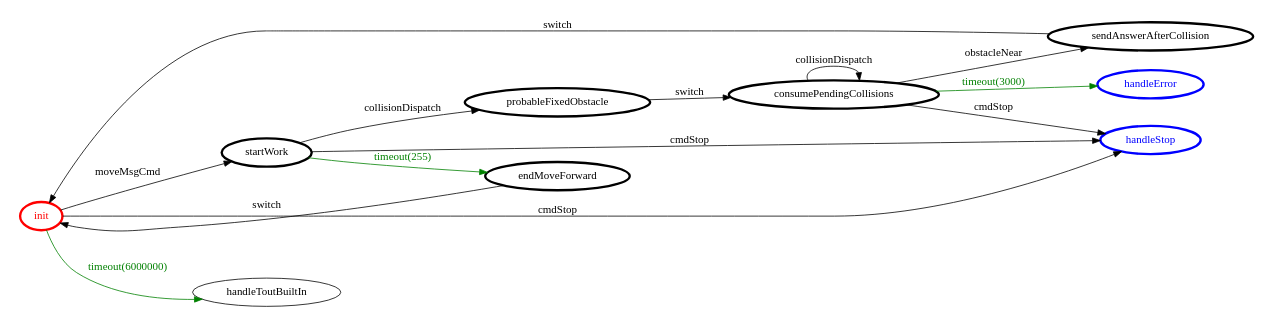
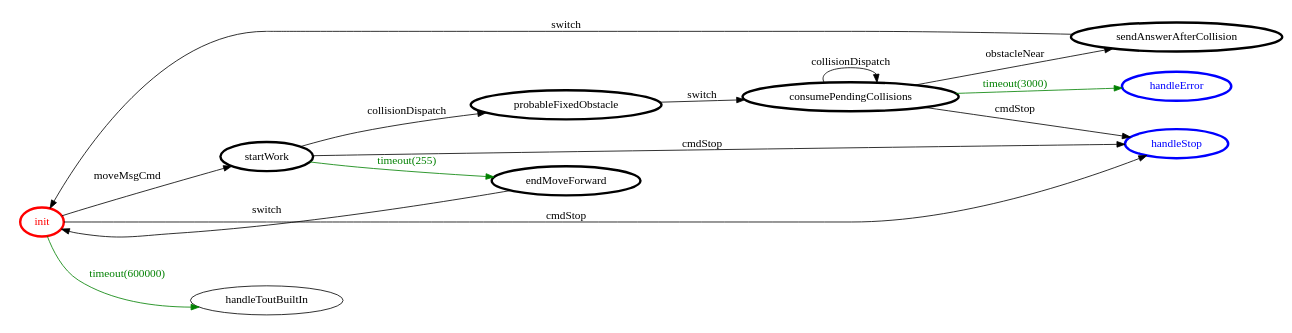
The diagram in project/srcMore/it/unibo/onecellforward/onecellforward.gv (NiccoMlt/ISS-2018-Final-Task), drawn with Graphviz before and after one commit. The commit also changed 22 other files, not shown here.

```diff
--- a/project/srcMore/it/unibo/onecellforward/onecellforward.gv
+++ b/project/srcMore/it/unibo/onecellforward/onecellforward.gv
@@ -1,34 +1,34 @@
 /*
 *
 * A GraphViz DOT FSM description 
 * Please use a GraphViz visualizer (like http://www.webgraphviz.com)
 *  
 */
 
 digraph finite_state_machine {
 	rankdir=LR
 	size="8,5"
 	
 	init [ color = red ][ fontcolor = red ][ penwidth = 3 ]
 	startWork [ color = black ][ fontcolor = black ][ penwidth = 3 ]
 	probableFixedObstacle [ color = black ][ fontcolor = black ][ penwidth = 3 ]
 	endMoveForward [ color = black ][ fontcolor = black ][ penwidth = 3 ]
 	sendAnswerAfterCollision [ color = black ][ fontcolor = black ][ penwidth = 3 ]
 	consumePendingCollisions [ color = black ][ fontcolor = black ][ penwidth = 3 ]
 	handleError [ color = blue ][ fontcolor = blue ][ penwidth = 3 ]
 	handleStop [ color = blue ][ fontcolor = blue ][ penwidth = 3 ]
 	
 	startWork -> endMoveForward [ label = "timeout(255)" ][ color = green ][ fontcolor = green ]
+	init -> handleToutBuiltIn [ label = "timeout(600000)" ][ color = green ][ fontcolor = green ]
 	startWork -> handleStop [ label = "cmdStop" ][ color = black ][ fontcolor = black ]
 	probableFixedObstacle -> consumePendingCollisions [ label = "switch" ][ color = black ][ fontcolor = black ]
 	consumePendingCollisions -> handleError [ label = "timeout(3000)" ][ color = green ][ fontcolor = green ]
 	consumePendingCollisions -> consumePendingCollisions [ label = "collisionDispatch" ][ color = black ][ fontcolor = black ]
 	consumePendingCollisions -> handleStop [ label = "cmdStop" ][ color = black ][ fontcolor = black ]
 	startWork -> probableFixedObstacle [ label = "collisionDispatch" ][ color = black ][ fontcolor = black ]
 	init -> startWork [ label = "moveMsgCmd" ][ color = black ][ fontcolor = black ]
 	endMoveForward -> init [ label = "switch" ][ color = black ][ fontcolor = black ]
 	consumePendingCollisions -> sendAnswerAfterCollision [ label = "obstacleNear" ][ color = black ][ fontcolor = black ]
 	init -> handleStop [ label = "cmdStop" ][ color = black ][ fontcolor = black ]
-	init -> handleToutBuiltIn [ label = "timeout(6000000)" ][ color = green ][ fontcolor = green ]
 	sendAnswerAfterCollision -> init [ label = "switch" ][ color = black ][ fontcolor = black ]
 }
```
